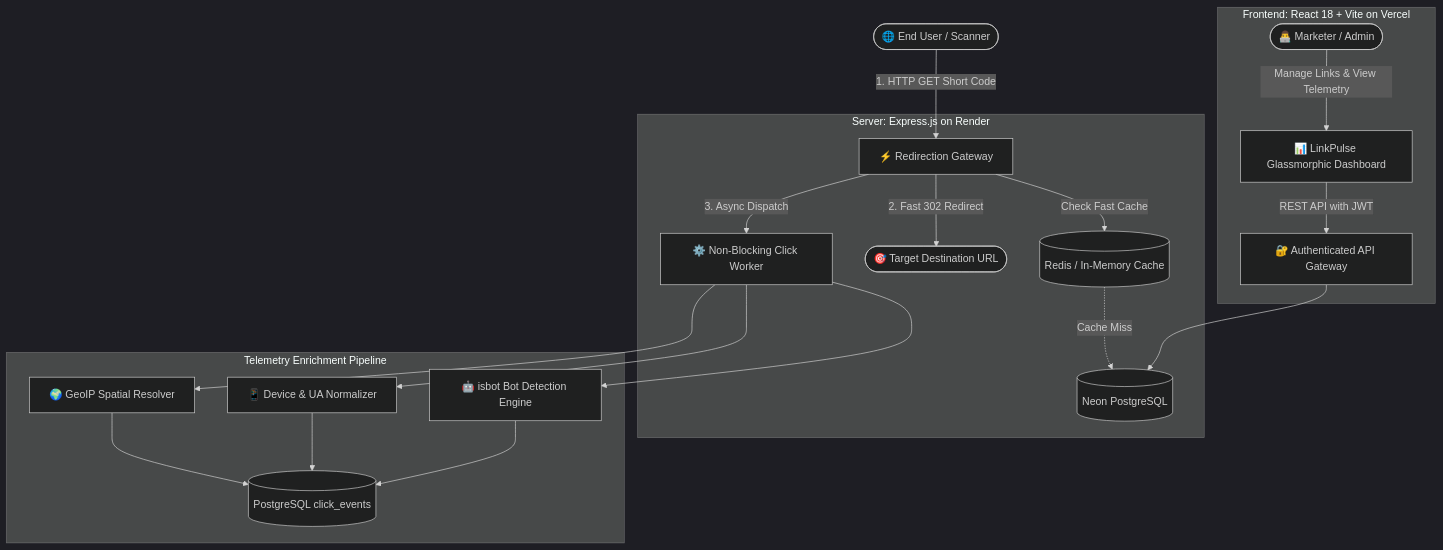
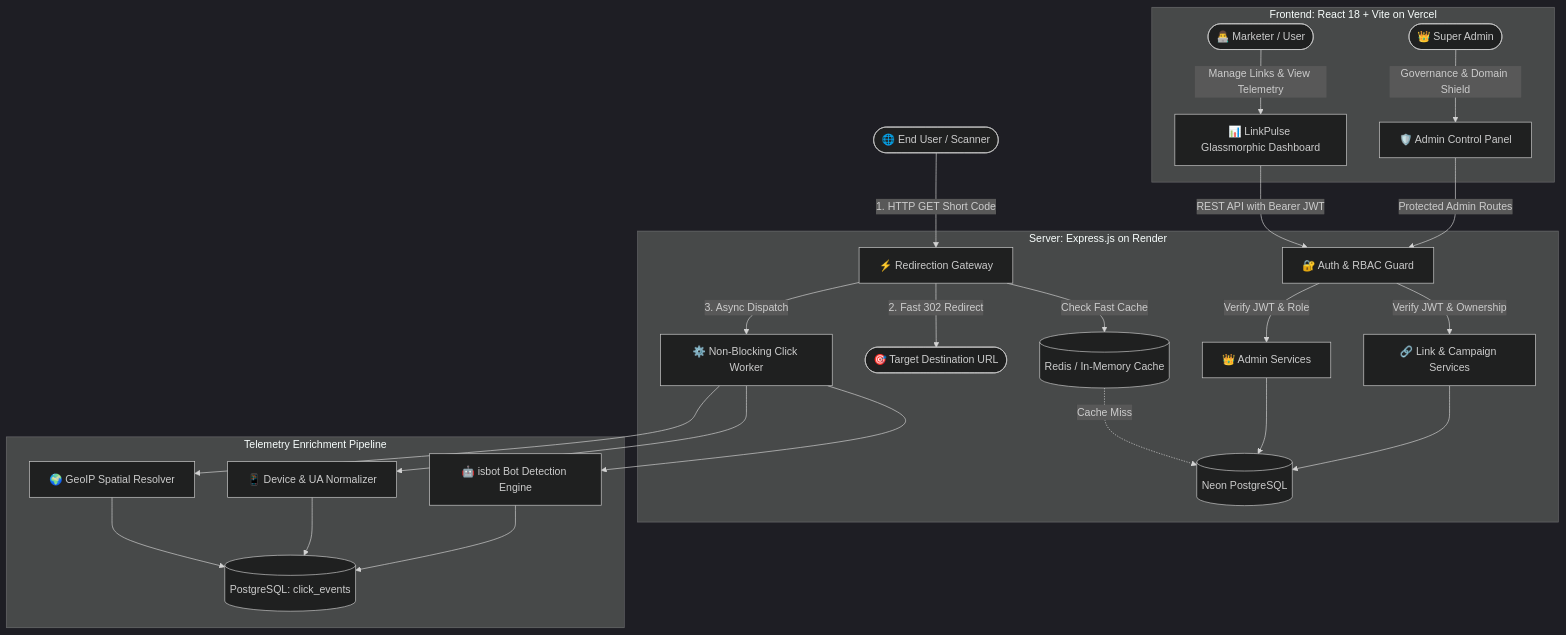
One commit to SakshamPantola/LinkPulse changed the first of 4 diagrams in README.md. Above: the diagram before and after it, drawn with Mermaid (dark theme). The commit also changed other lines of this file, not shown here.

Commit message:
docs: update system architecture, DFDs, ERD, and security docs with RBAC

````diff
--- a/README.md
+++ b/README.md
@@ -99,24 +99,30 @@
 ```mermaid
 flowchart TD
     User([🌐 End User / Scanner]) -->|1. HTTP GET Short Code| RedirectEngine[⚡ Redirection Gateway]
     
     subgraph Backend [Server: Express.js on Render]
         RedirectEngine -->|Check Fast Cache| Cache[(Redis / In-Memory Cache)]
         Cache -.->|Cache Miss| DB[(Neon PostgreSQL)]
         RedirectEngine -->|2. Fast 302 Redirect| Dest([🎯 Target Destination URL])
         RedirectEngine -->|3. Async Dispatch| Worker[⚙️ Non-Blocking Click Worker]
+        
+        AuthGateway[🔐 Auth & RBAC Guard] -->|Verify JWT & Role| AdminAPI[👑 Admin Services]
+        AuthGateway -->|Verify JWT & Ownership| LinkAPI[🔗 Link & Campaign Services]
+        AdminAPI --> DB
+        LinkAPI --> DB
     end
 
     subgraph AnalyticsPipeline [Telemetry Enrichment Pipeline]
         Worker --> Geo[🌍 GeoIP Spatial Resolver]
         Worker --> UA[📱 Device & UA Normalizer]
         Worker --> Bot[🤖 isbot Bot Detection Engine]
-        Geo & UA & Bot --> Ingest[(PostgreSQL click_events)]
+        Geo & UA & Bot --> Ingest[(PostgreSQL: click_events)]
     end
 
     subgraph ClientApp [Frontend: React 18 + Vite on Vercel]
-        Marketer([👨‍💻 Marketer / Admin]) -->|Manage Links & View Telemetry| Dashboard[📊 LinkPulse Glassmorphic Dashboard]
-        Dashboard -->|REST API with JWT| AuthAPI[🔐 Authenticated API Gateway]
-        AuthAPI --> DB
+        Marketer([👨‍💻 Marketer / User]) -->|Manage Links & View Telemetry| Dashboard[📊 LinkPulse Glassmorphic Dashboard]
+        SuperAdmin([👑 Super Admin]) -->|Governance & Domain Shield| AdminPanel[🛡️ Admin Control Panel]
+        Dashboard -->|REST API with Bearer JWT| AuthGateway
+        AdminPanel -->|Protected Admin Routes| AuthGateway
     end
 ```
````
